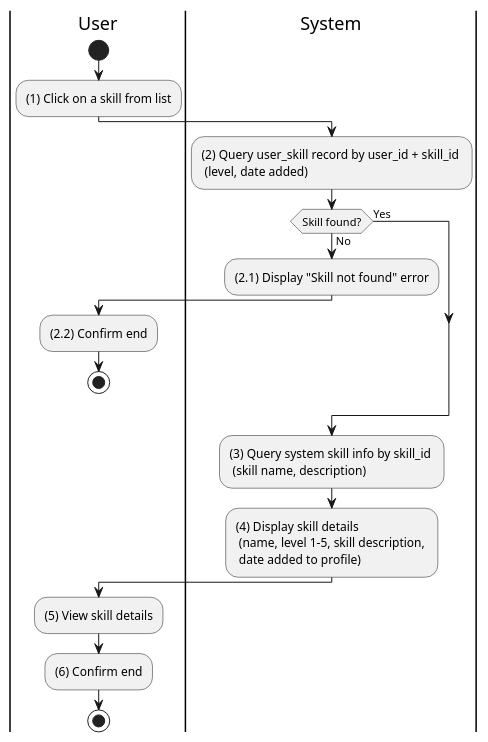
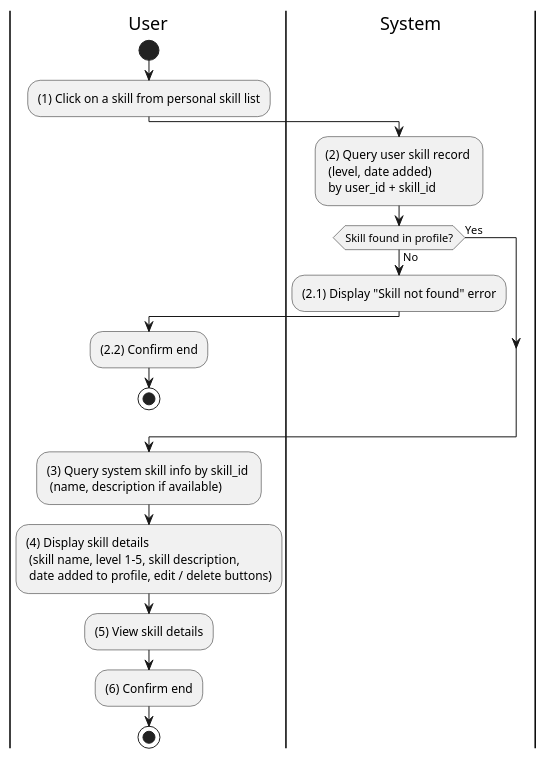
One commit to taskpilot-platform/taskpilot-platform.github.io changed the diagram in docs/docs/activity/user-skills/view-personal-skill-details.md. Above: the diagram before and after it, drawn with PlantUML. The commit also changed 9 other files, not shown here.

First line of the commit message:
docs(activity): expand 10 short activity diagram files with detailed flows

````diff
--- a/docs/docs/activity/user-skills/view-personal-skill-details.md
+++ b/docs/docs/activity/user-skills/view-personal-skill-details.md
@@ -3,31 +3,30 @@
 ```plantuml
 @startuml
 |U|User
 |S|System
 
 |U|
 start
-:(1) Click on a skill from list;
+:(1) Click on a skill from personal skill list;
 
 |S|
-:(2) Query user_skill record by user_id + skill_id \n (level, date added);
+:(2) Query user skill record \n (level, date added) \n by user_id + skill_id;
 
-if (Skill found?) then (No)
+if (Skill found in profile?) then (No)
   :(2.1) Display "Skill not found" error;
   |U|
   :(2.2) Confirm end;
   stop
 else (Yes)
 endif
 
-|S|
-:(3) Query system skill info by skill_id \n (skill name, description);
-:(4) Display skill details \n (name, level 1-5, skill description, \n date added to profile);
+:(3) Query system skill info by skill_id \n (name, description if available);
+:(4) Display skill details \n (skill name, level 1–5, skill description, \n date added to profile, edit / delete buttons);
 
 |U|
 :(5) View skill details;
 :(6) Confirm end;
 
 stop
 @enduml
 ```
````
